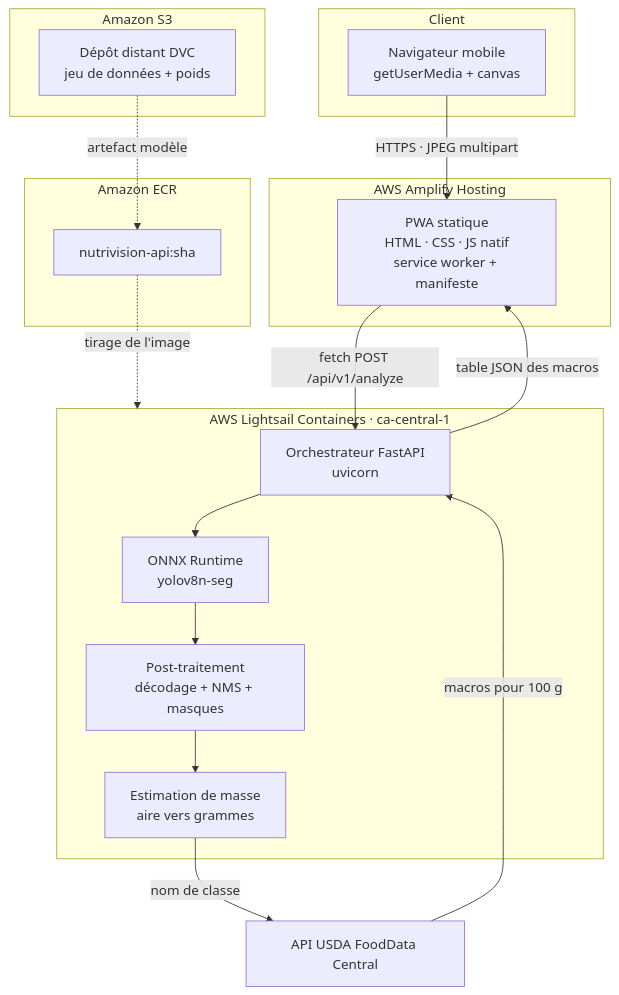
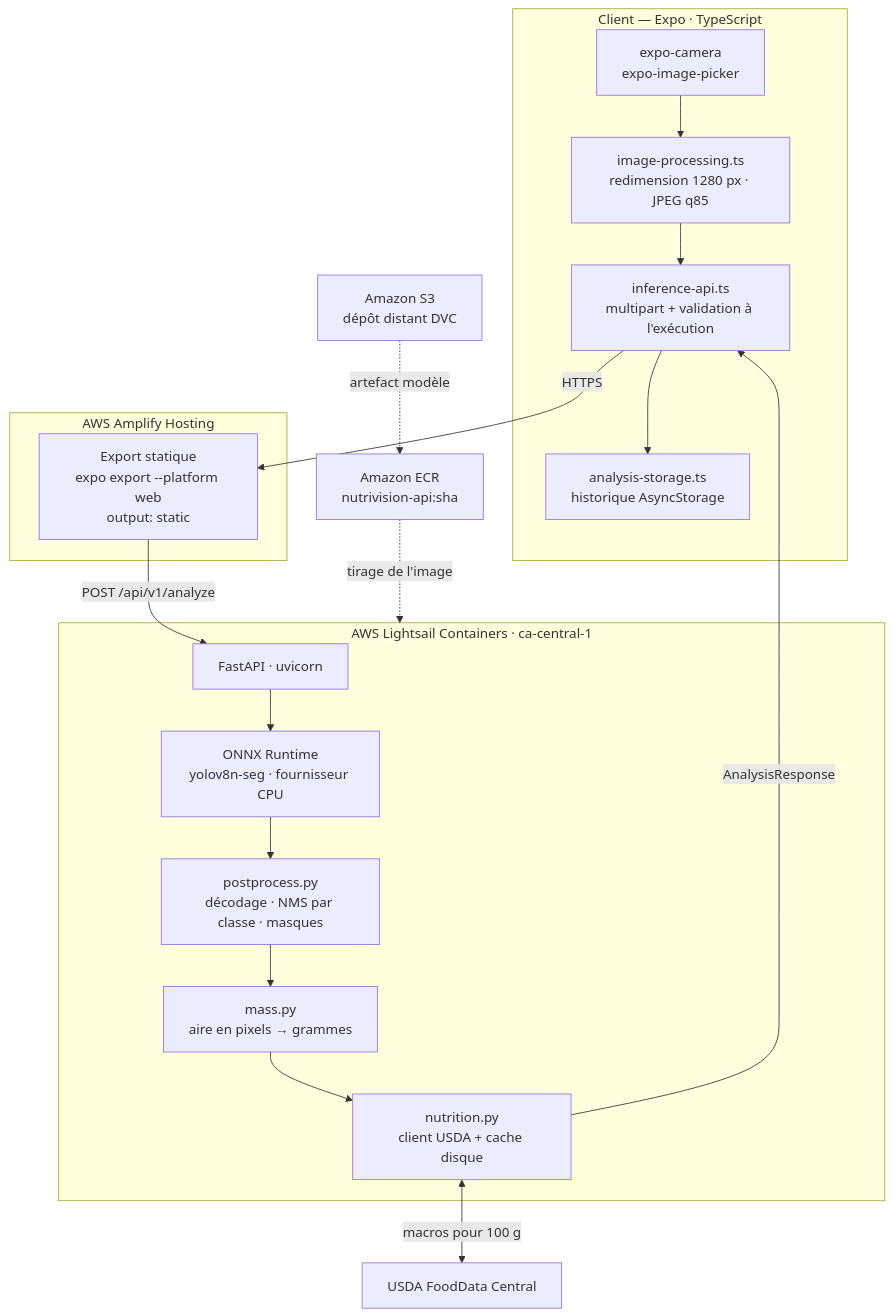
Before and after one commit to Zen-Daitsu/Nutrivision: the first of 9 diagrams in Readme.fr.md, drawn with Mermaid. The commit also changed other lines of this file, not shown here.

````diff
--- a/Readme.fr.md
+++ b/Readme.fr.md
@@ -43,36 +77,35 @@
 ```mermaid
 flowchart TB
-    subgraph client["Client"]
-        phone["Navigateur mobile<br/>getUserMedia + canvas"]
+    subgraph client["Client — Expo · TypeScript"]
+        cam["expo-camera<br/>expo-image-picker"]
+        norm["image-processing.ts<br/>redimension 1280 px · JPEG q85"]
+        api["inference-api.ts<br/>multipart + validation à l'exécution"]
+        store["analysis-storage.ts<br/>historique AsyncStorage"]
     end
 
-    subgraph edge["AWS Amplify Hosting"]
-        pwa["PWA statique<br/>HTML · CSS · JS natif<br/>service worker + manifeste"]
+    subgraph hosting["AWS Amplify Hosting"]
+        web["Export statique<br/>expo export --platform web<br/>output: static"]
     end
 
     subgraph compute["AWS Lightsail Containers · ca-central-1"]
-        api["Orchestrateur FastAPI<br/>uvicorn"]
-        ort["ONNX Runtime<br/>yolov8n-seg"]
-        post["Post-traitement<br/>décodage + NMS + masques"]
-        mass["Estimation de masse<br/>aire vers grammes"]
+        fastapi["FastAPI · uvicorn"]
+        ort["ONNX Runtime<br/>yolov8n-seg · fournisseur CPU"]
+        post["postprocess.py<br/>décodage · NMS par classe · masques"]
+        mass["mass.py<br/>aire en pixels → grammes"]
+        nutri["nutrition.py<br/>client USDA + cache disque"]
     end
 
-    subgraph registry["Amazon ECR"]
-        img["nutrivision-api:sha"]
-    end
+    ecr["Amazon ECR<br/>nutrivision-api:sha"]
+    s3["Amazon S3<br/>dépôt distant DVC"]
+    usda["USDA FoodData Central"]
 
-    subgraph data["Amazon S3"]
-        dvc["Dépôt distant DVC<br/>jeu de données + poids"]
-    end
-
-    ext["API USDA FoodData Central"]
-
-    phone -->|"HTTPS · JPEG multipart"| pwa
-    pwa -->|"fetch POST /api/v1/analyze"| api
-    api --> ort --> post --> mass
-    mass -->|"nom de classe"| ext
-    ext -->|"macros pour 100 g"| api
-    api -->|"table JSON des macros"| pwa
-    img -.->|"tirage de l'image"| compute
-    dvc -.->|"artefact modèle"| img
+    cam --> norm --> api
+    api -->|"HTTPS"| web
+    web -->|"POST /api/v1/analyze"| fastapi
+    fastapi --> ort --> post --> mass --> nutri
+    nutri <-->|"macros pour 100 g"| usda
+    nutri -->|"AnalysisResponse"| api
+    api --> store
+    ecr -.->|"tirage de l'image"| compute
+    s3 -.->|"artefact modèle"| ecr
 ```
````
